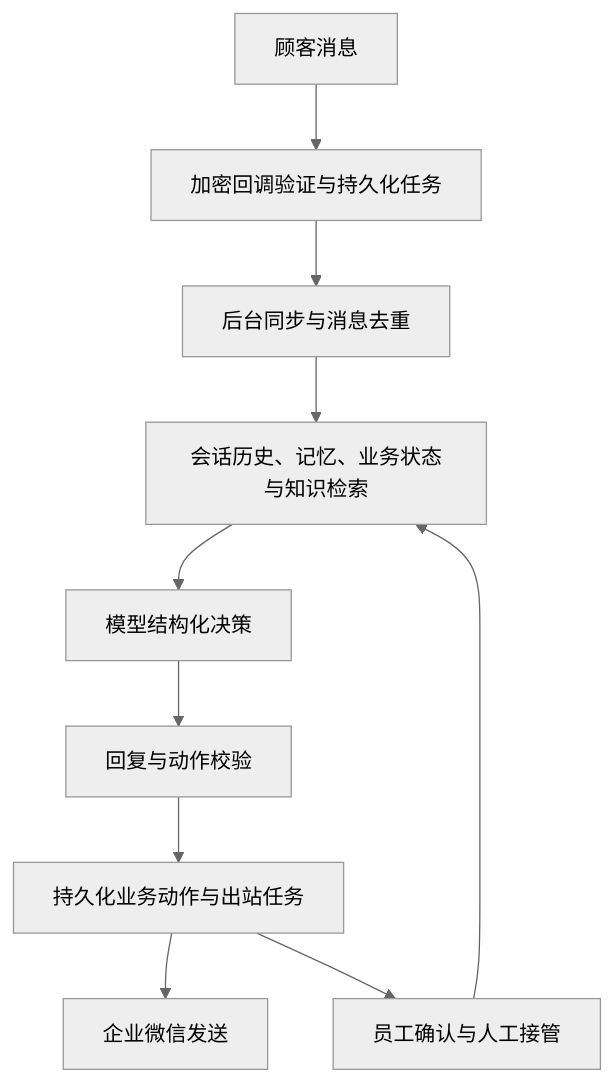
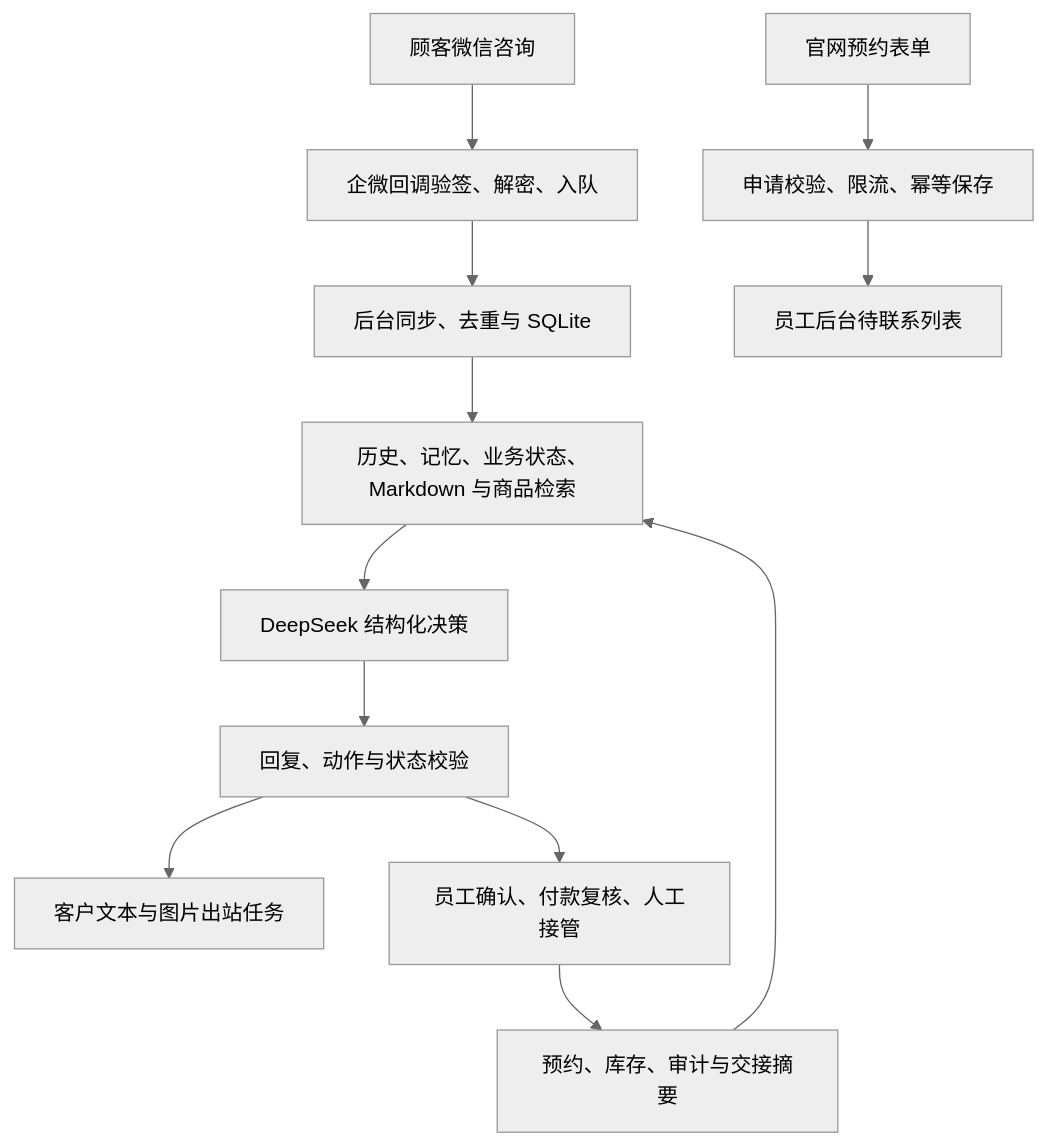
The first of 2 diagrams in projects/customer-service-agent/docs/architecture.md (niko-97XQ/project-portfolio), drawn with Mermaid (neutral theme) before and after one commit. The commit also changed other lines of this file and 107 other files, not shown here.

````diff
--- a/projects/customer-service-agent/docs/architecture.md
+++ b/projects/customer-service-agent/docs/architecture.md
@@ -7,14 +7,16 @@
 ```mermaid
 flowchart TD
-    accTitle: 客服 Agent 消息链路
-    accDescr: 回调快速验证入队，后台同步消息后调用模型，应用校验后执行动作和出站发送，并与员工反馈衔接。
-    customer["顾客消息"] --> callback["加密回调验证与持久化任务"]
-    callback --> sync["后台同步与消息去重"]
-    sync --> context["会话历史、记忆、业务状态与知识检索"]
-    context --> model["模型结构化决策"]
-    model --> policy["回复与动作校验"]
-    policy --> tasks["持久化业务动作与出站任务"]
-    tasks --> channel["企业微信发送"]
-    tasks --> staff["员工确认与人工接管"]
-    staff --> context
+    accTitle: Forthatday 智能客服业务链路
+    accDescr: 顾客消息经过企微回调、持久化与模型决策，应用校验后发送回复或发起员工任务，并与预约库存后台衔接。
+    customer["顾客微信咨询"] --> callback["企微回调验签、解密、入队"]
+    callback --> sync["后台同步、去重与 SQLite"]
+    sync --> context["历史、记忆、业务状态、Markdown 与商品检索"]
+    context --> model["DeepSeek 结构化决策"]
+    model --> validation["回复、动作与状态校验"]
+    validation --> outbox["客户文本与图片出站任务"]
+    validation --> staff["员工确认、付款复核、人工接管"]
+    staff --> state["预约、库存、审计与交接摘要"]
+    state --> context
+    website["官网预约表单"] --> intake["申请校验、限流、幂等保存"]
+    intake --> dashboard["员工后台待联系列表"]
 ```
````
